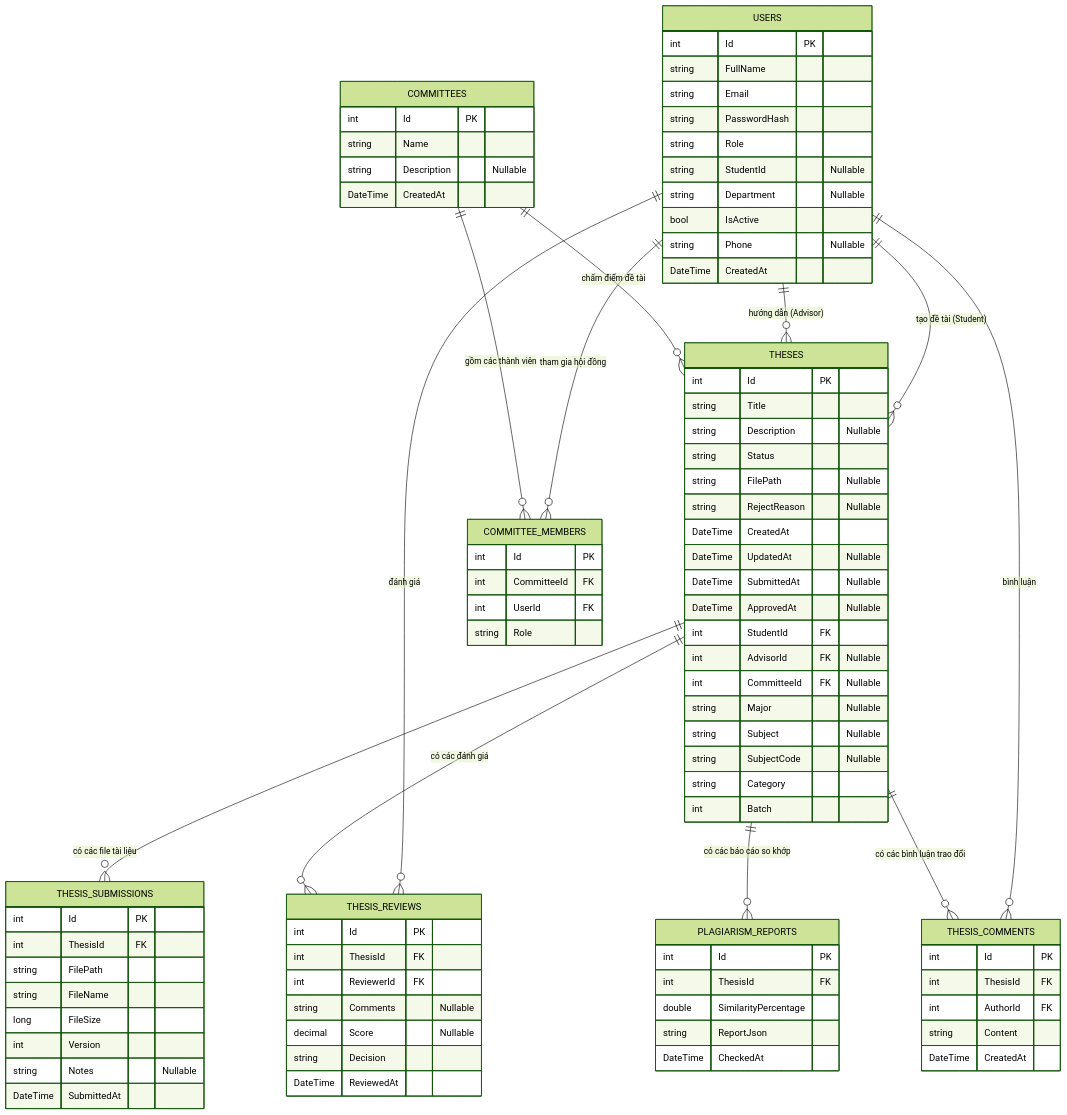
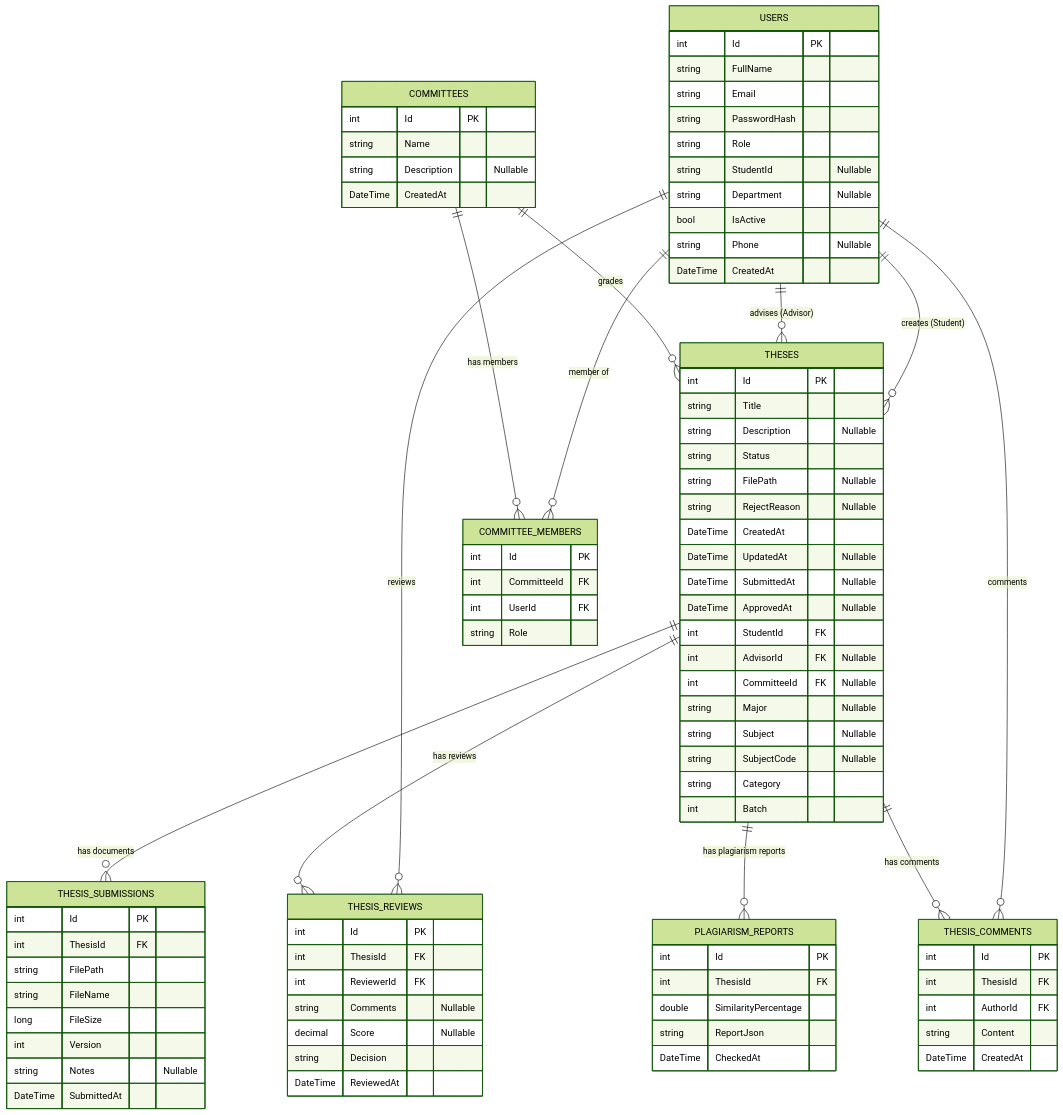
Before and after one commit to phucnguyen2716/Thesis-Management: the first of 4 diagrams in README.md, drawn with Mermaid (forest theme).

Commit message:
docs: translate Core Academic ERD relationship labels to English

````diff
--- a/README.md
+++ b/README.md
@@ -505,17 +505,17 @@
         DateTime CheckedAt
     }
 
-    USERS ||--o{ THESES : "tạo đề tài (Student)"
-    USERS ||--o{ THESES : "hướng dẫn (Advisor)"
-    USERS ||--o{ COMMITTEE_MEMBERS : "tham gia hội đồng"
-    USERS ||--o{ THESIS_REVIEWS : "đánh giá"
-    USERS ||--o{ THESIS_COMMENTS : "bình luận"
+    USERS ||--o{ THESES : "creates (Student)"
+    USERS ||--o{ THESES : "advises (Advisor)"
+    USERS ||--o{ COMMITTEE_MEMBERS : "member of"
+    USERS ||--o{ THESIS_REVIEWS : "reviews"
+    USERS ||--o{ THESIS_COMMENTS : "comments"
     
-    COMMITTEES ||--o{ COMMITTEE_MEMBERS : "gồm các thành viên"
-    COMMITTEES ||--o{ THESES : "chấm điểm đề tài"
+    COMMITTEES ||--o{ COMMITTEE_MEMBERS : "has members"
+    COMMITTEES ||--o{ THESES : "grades"
 
-    THESES ||--o{ THESIS_SUBMISSIONS : "có các file tài liệu"
-    THESES ||--o{ THESIS_REVIEWS : "có các đánh giá"
-    THESES ||--o{ THESIS_COMMENTS : "có các bình luận trao đổi"
-    THESES ||--o{ PLAGIARISM_REPORTS : "có các báo cáo so khớp"
+    THESES ||--o{ THESIS_SUBMISSIONS : "has documents"
+    THESES ||--o{ THESIS_REVIEWS : "has reviews"
+    THESES ||--o{ THESIS_COMMENTS : "has comments"
+    THESES ||--o{ PLAGIARISM_REPORTS : "has plagiarism reports"
 ```
````
